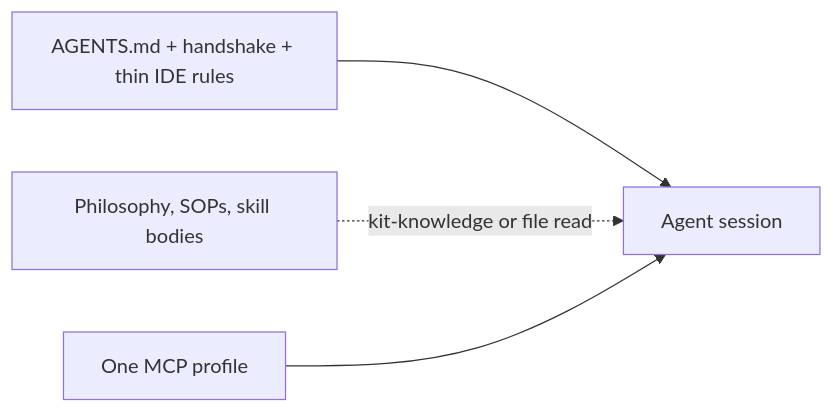
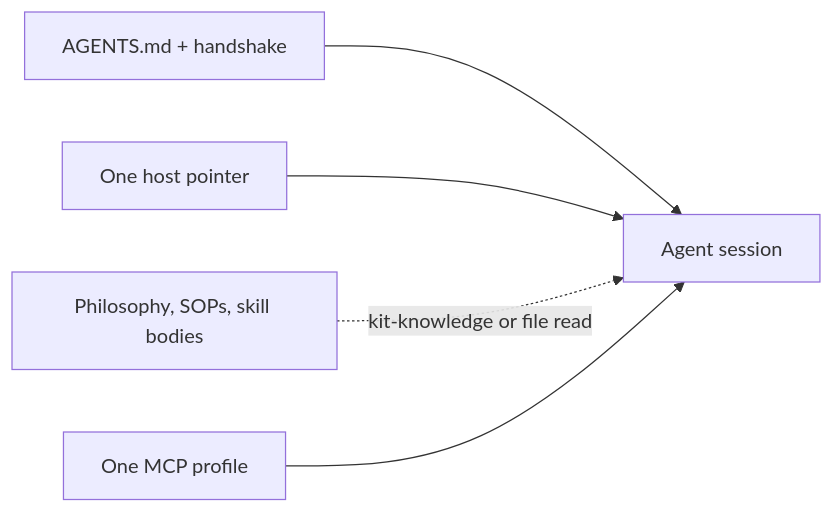
The diagram in docs/kit.md (mzworthington/agent-lifecycle-kit), drawn with Mermaid before and after one commit. The commit also changed other lines of this file and 63 other files, not shown here.

````diff
--- a/docs/kit.md
+++ b/docs/kit.md
@@ -25,9 +26,11 @@
 ```mermaid
 flowchart LR
-  alwaysOn[AGENTS.md + handshake + thin IDE rules]
+  alwaysOn[AGENTS.md + handshake]
+  hostPointer[One host pointer]
   onDemand[Philosophy, SOPs, skill bodies]
   mcp[One MCP profile]
   alwaysOn --> session[Agent session]
+  hostPointer --> session
   onDemand -.->|kit-knowledge or file read| session
   mcp --> session
 ```
````
